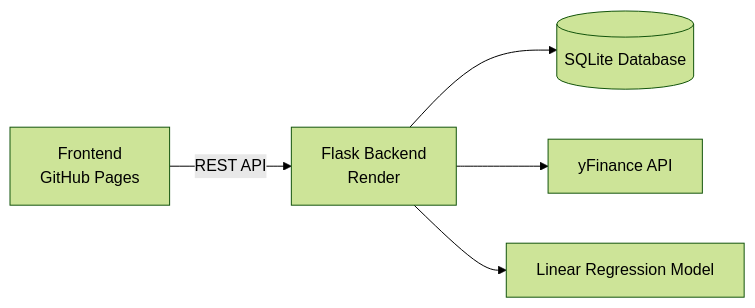
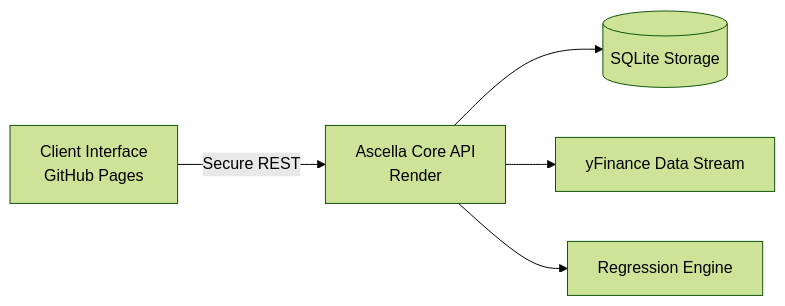
The first of 3 diagrams in readme.md (TaherFakri/ascella-intelligence), drawn with Mermaid (forest theme) before and after one commit. The commit also changed other lines of this file, not shown here.

First line of the commit message:
Revise README for Ascella Intelligence platform

````diff
--- a/readme.md
+++ b/readme.md
@@ -34,7 +29,7 @@
 ```mermaid
 flowchart LR
-    A[Frontend<br>GitHub Pages] -->|REST API| B[Flask Backend<br>Render]
-    B --> C[(SQLite Database)]
-    B --> D[yFinance API]
-    B --> E[Linear Regression Model]
+    A[Client Interface<br>GitHub Pages] -->|Secure REST| B[Ascella Core API<br>Render]
+    B --> C[(SQLite Storage)]
+    B --> D[yFinance Data Stream]
+    B --> E[Regression Engine]
 ```
````
